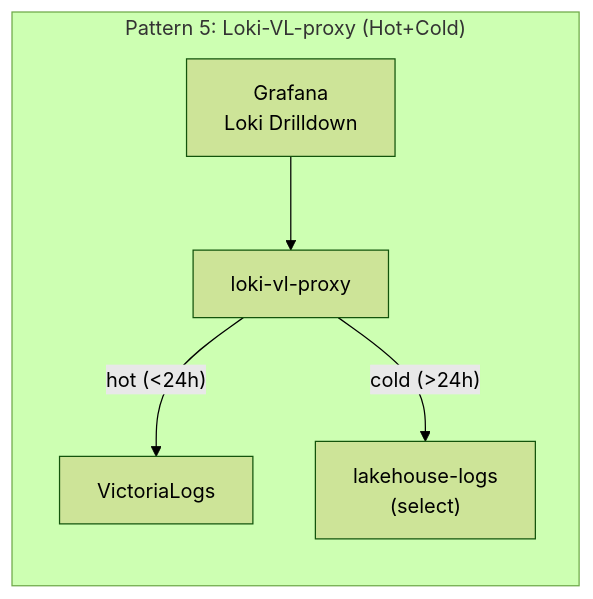
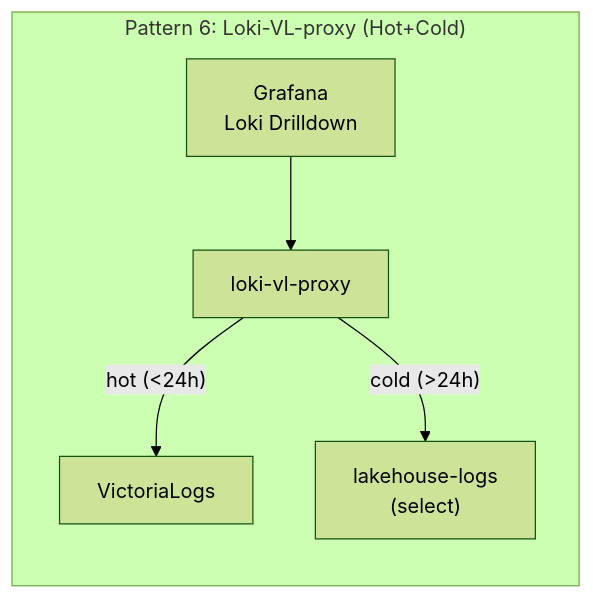
One commit to ReliablyObserve/victoria-lakehouse changed the ninth of 10 diagrams in README.md. Above: the diagram before and after it, drawn with Mermaid (forest theme). The commit also changed other lines of this file and 7 other files, not shown here.

First line of the commit message:
feat: multi-level select with vlselect/vtselect fan-out to hot+cold tiers

````diff
--- a/README.md
+++ b/README.md
@@ -266,8 +278,8 @@
 ```mermaid
 graph LR
-    subgraph "Pattern 5: Loki-VL-proxy (Hot+Cold)"
-        G5["Grafana<br/>Loki Drilldown"] --> LVP["loki-vl-proxy"]
-        LVP -->|"hot (<24h)"| VL5["VictoriaLogs"]
-        LVP -->|"cold (>24h)"| LH5["lakehouse-logs<br/>(select)"]
+    subgraph "Pattern 6: Loki-VL-proxy (Hot+Cold)"
+        G6["Grafana<br/>Loki Drilldown"] --> LVP["loki-vl-proxy"]
+        LVP -->|"hot (<24h)"| VL6["VictoriaLogs"]
+        LVP -->|"cold (>24h)"| LH6["lakehouse-logs<br/>(select)"]
     end
 ```
````
